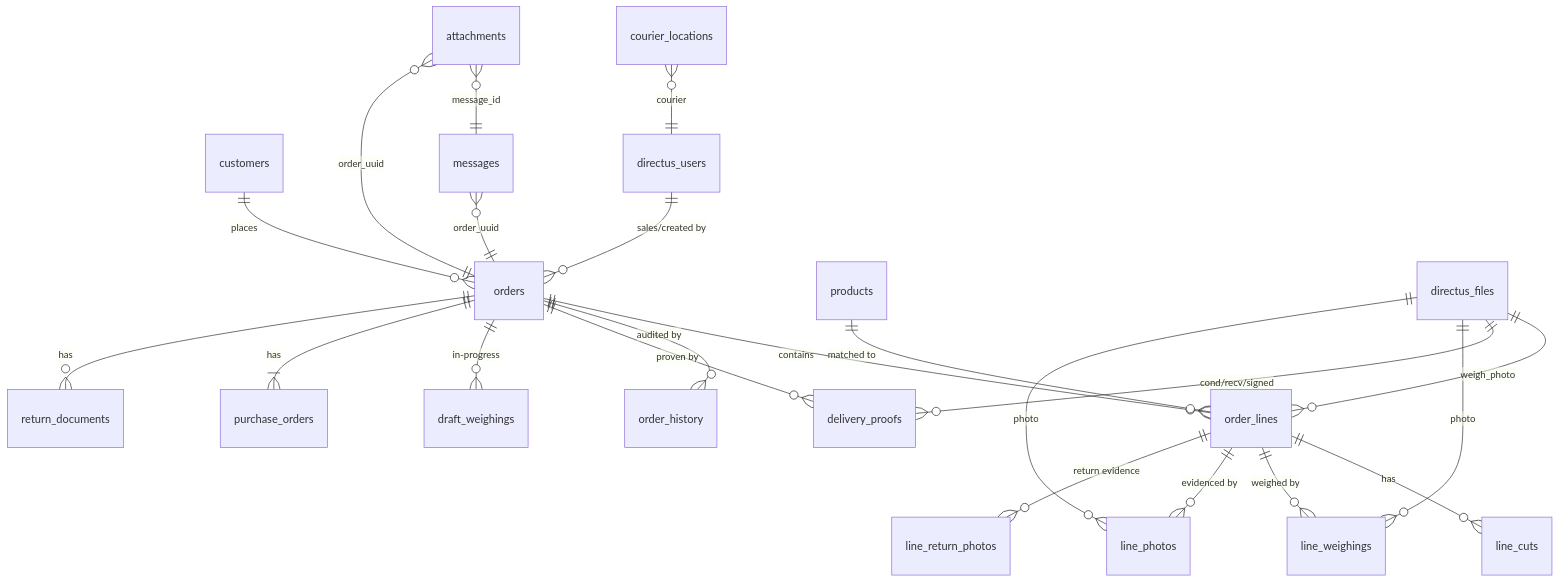
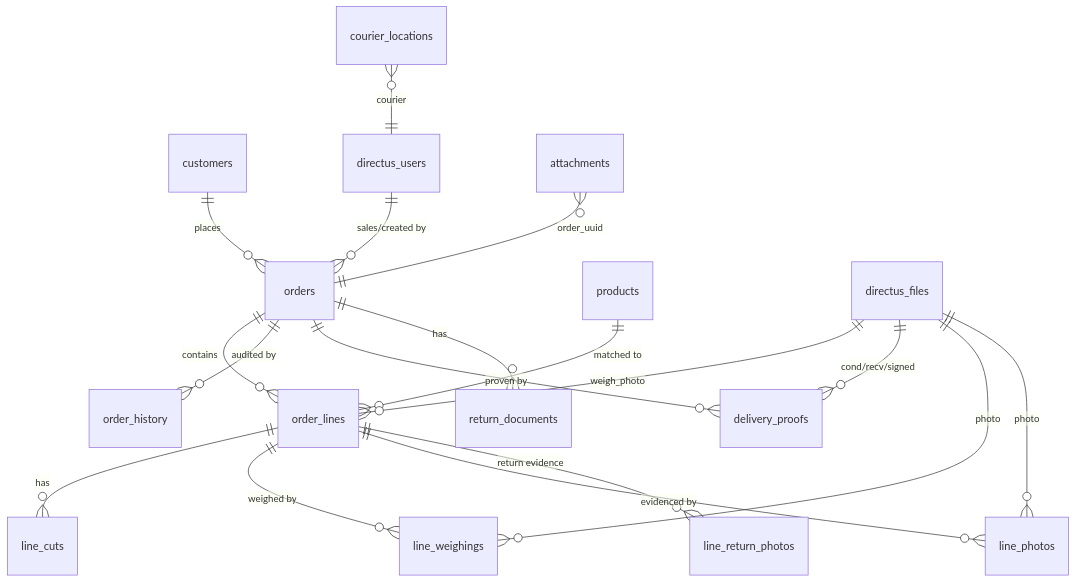
The diagram in context/architecture.md (kudamonofellas/ipp-orderflow), drawn with Mermaid before and after one commit. The commit also changed other lines of this file and 18 other files, not shown here.

````diff
--- a/context/architecture.md
+++ b/context/architecture.md
@@ -148,24 +149,20 @@
 ```mermaid
 erDiagram
     customers ||--o{ orders : "places"
     orders ||--o{ order_lines : "contains"
     products ||--o{ order_lines : "matched to"
     order_lines ||--o{ line_cuts : "has"
     order_lines ||--o{ line_weighings : "weighed by"
     order_lines ||--o{ line_photos : "evidenced by"
     order_lines ||--o{ line_return_photos : "return evidence"
     orders ||--o{ order_history : "audited by"
     orders ||--o{ delivery_proofs : "proven by"
-    orders ||--o{ draft_weighings : "in-progress"
-    orders ||--|{ purchase_orders : "has"
     orders ||--o{ return_documents : "has"
     directus_files ||--o{ order_lines : "weigh_photo"
     directus_files ||--o{ delivery_proofs : "cond/recv/signed"
     directus_files ||--o{ line_weighings : "photo"
     directus_files ||--o{ line_photos : "photo"
     directus_users ||--o{ orders : "sales/created by"
     courier_locations }o--|| directus_users : "courier"
-    messages }o--|| orders : "order_uuid"
-    attachments }o--|| messages : "message_id"
     attachments }o--|| orders : "order_uuid"
 ```
````
